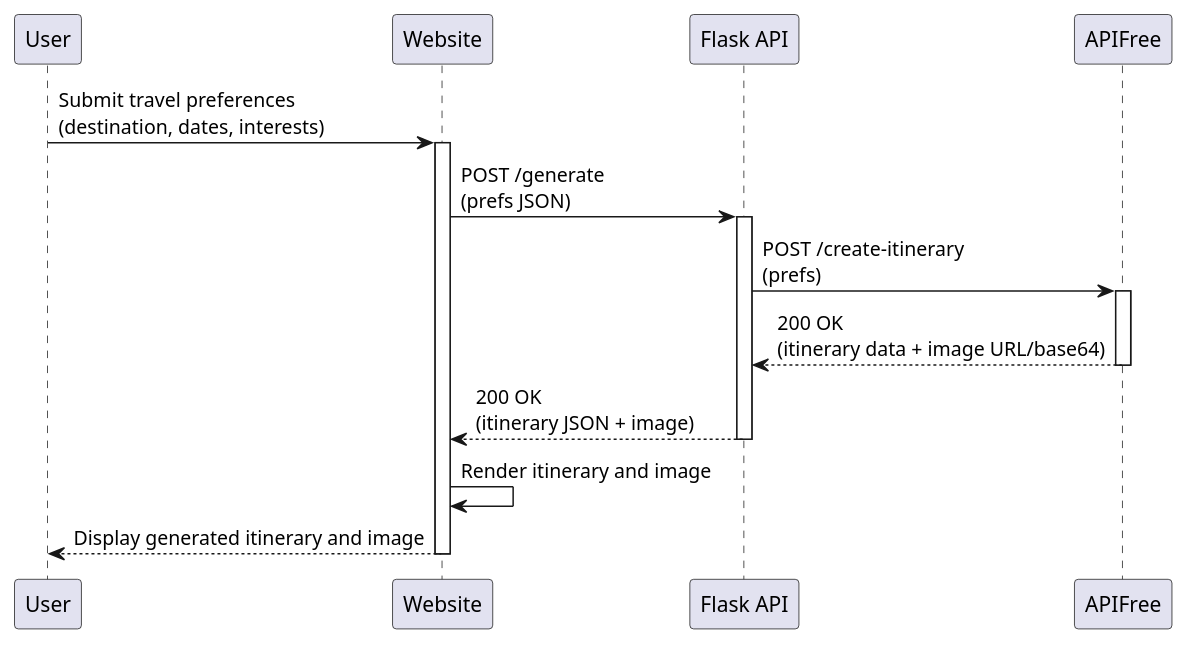
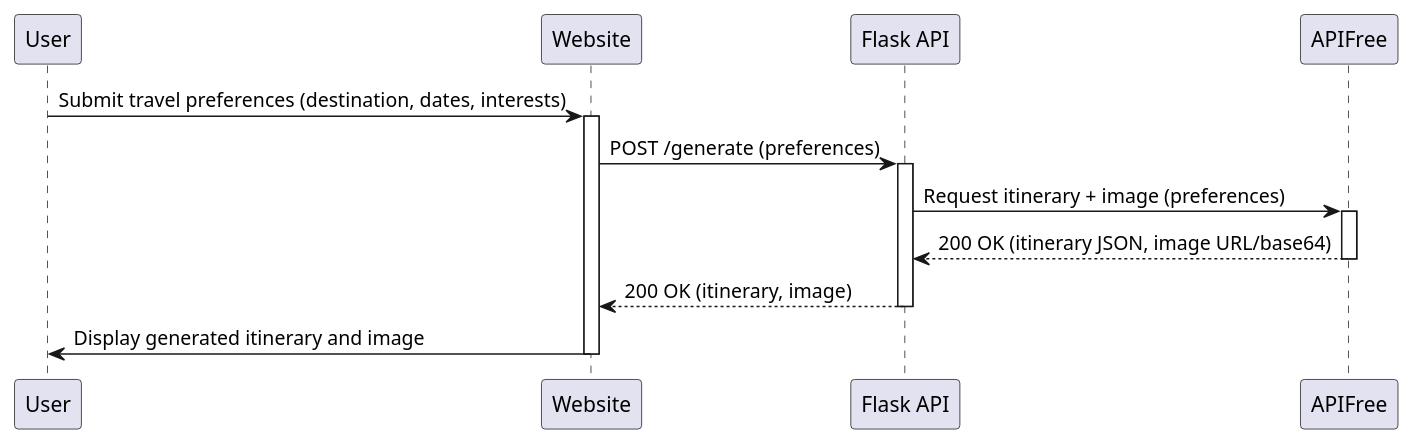
The diagram in Task2/uml/sequence_diagram.puml (EasonYang0618/travel-planner-generator), drawn with PlantUML before and after one commit. The commit also changed 12 other files, not shown here.

```diff
--- a/Task2/uml/sequence_diagram.puml
+++ b/Task2/uml/sequence_diagram.puml
@@ -1,25 +1,24 @@
 @startuml
 participant User
 participant Website
 participant "Flask API" as FlaskAPI
 participant APIFree
 
-User -> Website: Submit travel preferences\n(destination, dates, interests)
+User -> Website: Submit travel preferences (destination, dates, interests)
 activate Website
 
-Website -> FlaskAPI: POST /generate\n(prefs JSON)
+Website -> FlaskAPI: POST /generate (preferences)
 activate FlaskAPI
 
-FlaskAPI -> APIFree: POST /create-itinerary\n(prefs)
+FlaskAPI -> APIFree: Request itinerary + image (preferences)
 activate APIFree
 
-APIFree --> FlaskAPI: 200 OK\n(itinerary data + image URL/base64)
+APIFree --> FlaskAPI: 200 OK (itinerary JSON, image URL/base64)
 deactivate APIFree
 
-FlaskAPI --> Website: 200 OK\n(itinerary JSON + image)
+FlaskAPI --> Website: 200 OK (itinerary, image)
 deactivate FlaskAPI
 
-Website -> Website: Render itinerary and image
-Website --> User: Display generated itinerary and image
+Website -> User: Display generated itinerary and image
 deactivate Website
 @enduml
```
